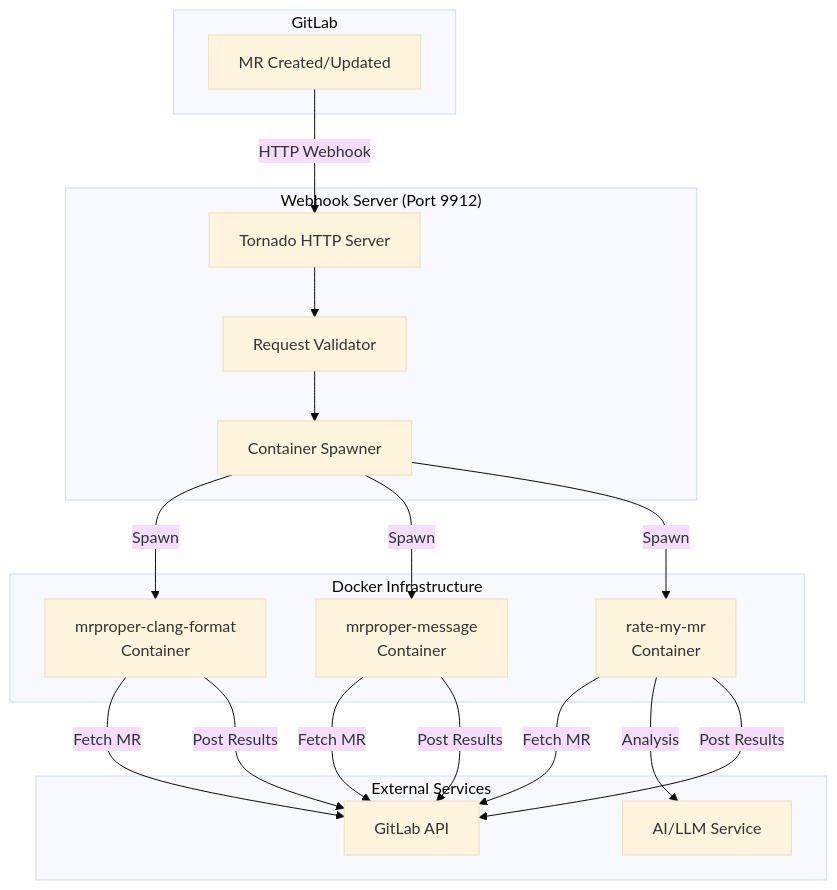
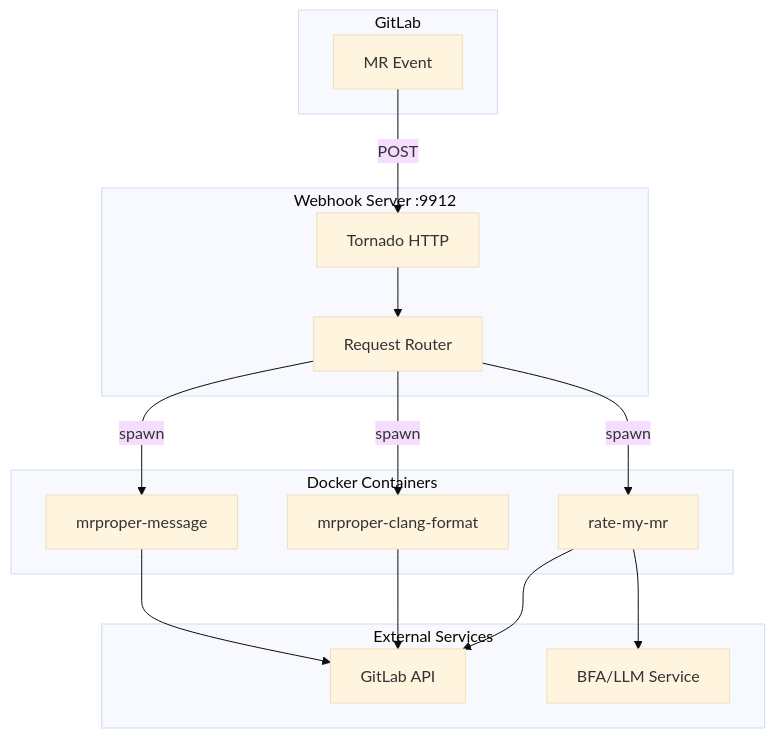
Before and after one commit to vigneshpalanivelr/commit-validator: the first of 6 diagrams in ARCHITECTURE.md, drawn with Mermaid (base theme). The commit also changed other lines of this file and 7 other files, not shown here.

````diff
--- a/ARCHITECTURE.md
+++ b/ARCHITECTURE.md
@@ -42,37 +7,32 @@
 ```mermaid
 flowchart TB
     subgraph GitLab
-        A[MR Created/Updated]
+        A[MR Event]
     end
 
-    subgraph "Webhook Server (Port 9912)"
-        B[Tornado HTTP Server]
-        C[Request Validator]
-        D[Container Spawner]
+    subgraph Webhook["Webhook Server :9912"]
+        B[Tornado HTTP]
+        C[Request Router]
     end
 
-    subgraph "Docker Infrastructure"
-        E1[mrproper-clang-format<br/>Container]
-        E2[mrproper-message<br/>Container]
-        E3[rate-my-mr<br/>Container]
+    subgraph Docker["Docker Containers"]
+        D1[rate-my-mr]
+        D2[mrproper-clang-format]
+        D3[mrproper-message]
     end
 
-    subgraph "External Services"
-        F[GitLab API]
-        G[AI/LLM Service]
+    subgraph Services["External Services"]
+        E[GitLab API]
+        F[BFA/LLM Service]
     end
 
-    A -->|HTTP Webhook| B
+    A -->|POST| B
     B --> C
-    C --> D
-    D -->|Spawn| E1
-    D -->|Spawn| E2
-    D -->|Spawn| E3
-    E1 -->|Fetch MR| F
-    E2 -->|Fetch MR| F
-    E3 -->|Fetch MR| F
-    E3 -->|Analysis| G
-    E1 -->|Post Results| F
-    E2 -->|Post Results| F
-    E3 -->|Post Results| F
+    C -->|spawn| D1
+    C -->|spawn| D2
+    C -->|spawn| D3
+    D1 --> E
+    D1 --> F
+    D2 --> E
+    D3 --> E
 ```
````
